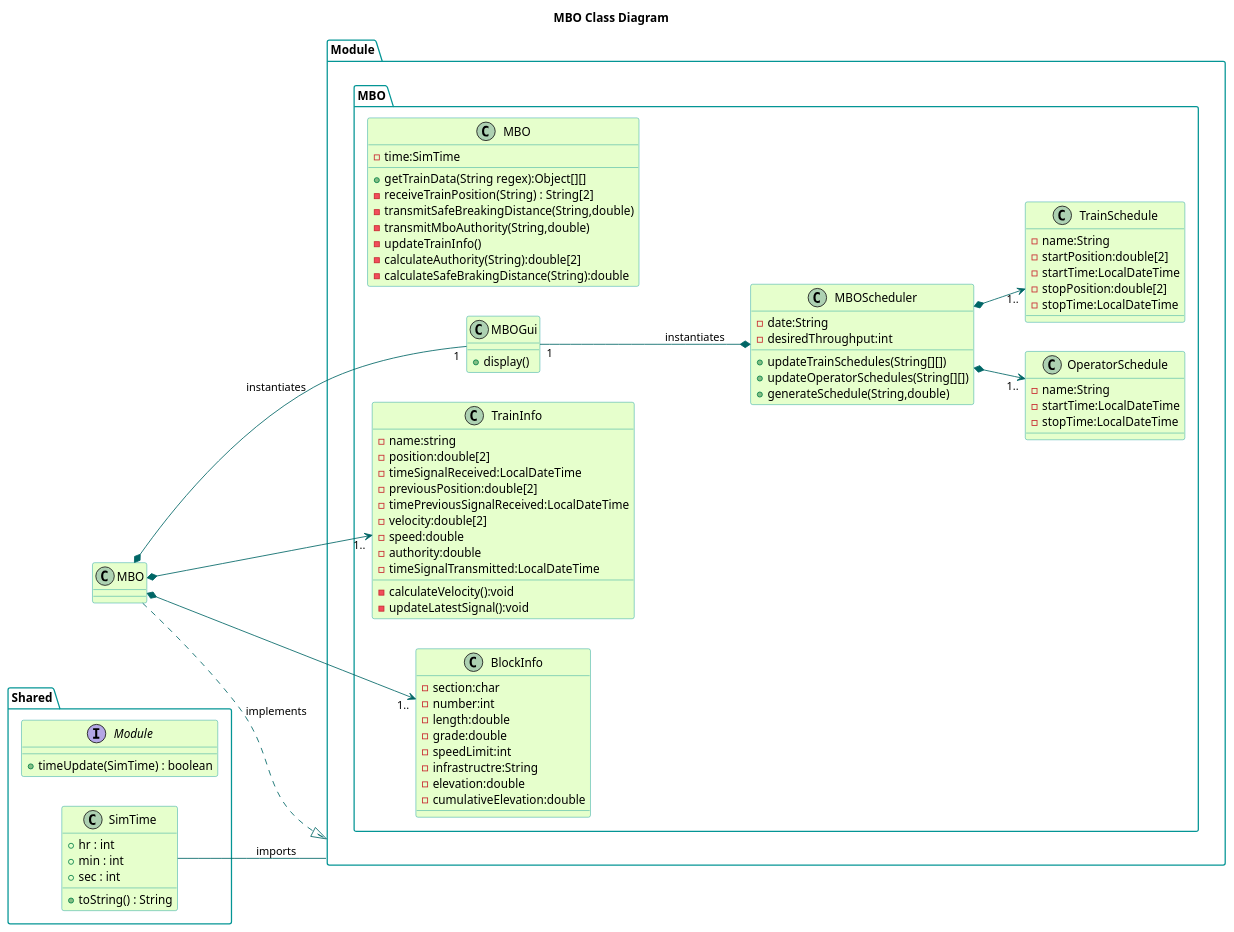
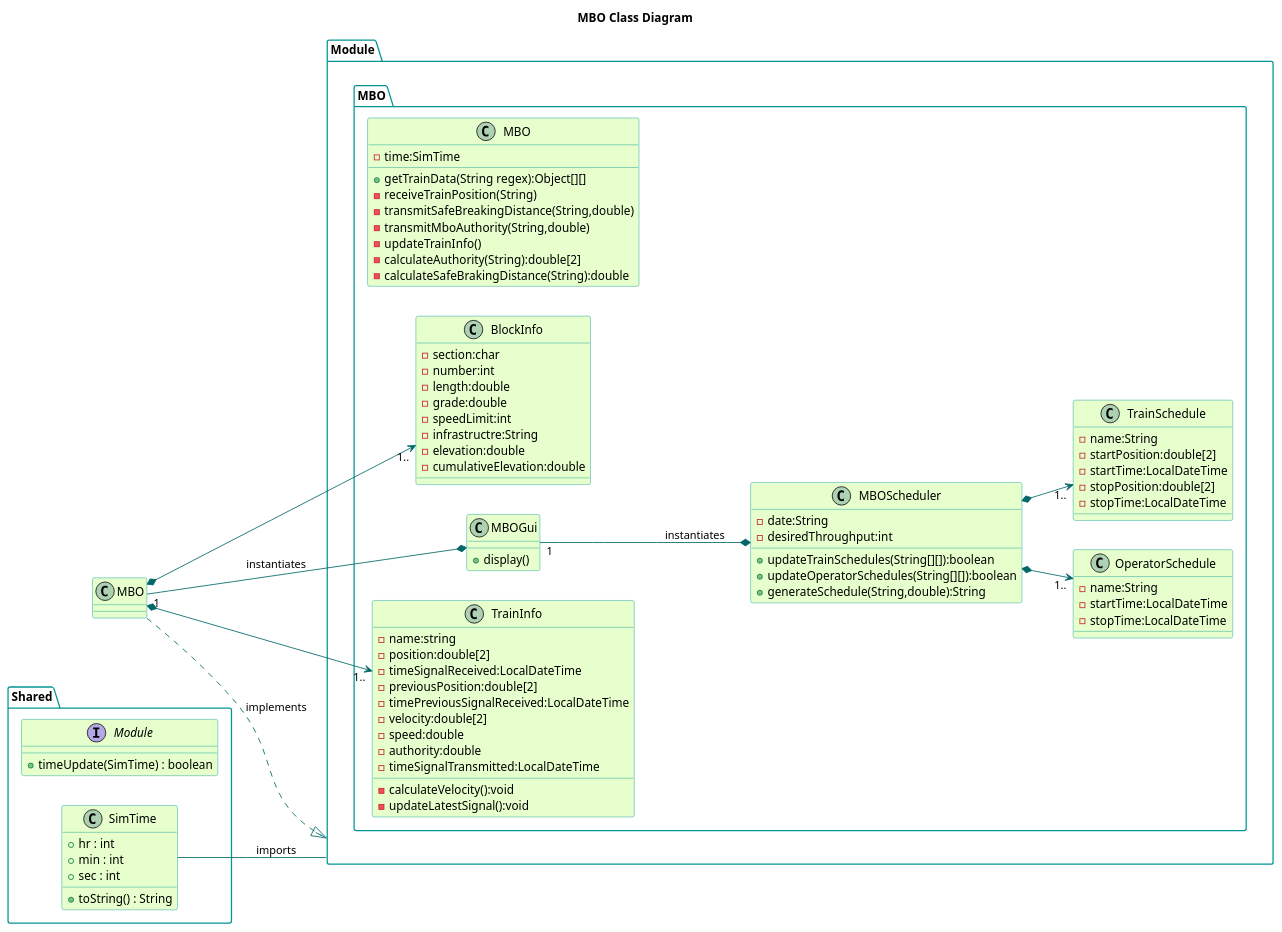
One commit to kevingilboy/COE1186 changed the diagram in TrainSystem/yUML/Class Diagrams/MBO.pu. Above: the diagram before and after it, drawn with PlantUML. The commit also changed 7 other files, not shown here.

```diff
--- a/TrainSystem/yUML/Class Diagrams/MBO.pu
+++ b/TrainSystem/yUML/Class Diagrams/MBO.pu
@@ -1,98 +1,98 @@
 @startuml
 
 title MBO Class Diagram
 'skinparam backgroundColor transparent'
 skinparam classBackgroundColor #e6ffcc
 skinparam classBorderColor 	#049595
 skinparam packageBorderColor  #049595
 skinparam arrowColor #006666
 
 package "Module.MBO" {
 	class MBO {
 		-time:SimTime
 		+getTrainData(String regex):Object[][]
-		-receiveTrainPosition(String) : String[2]
+		-receiveTrainPosition(String)
  		-transmitSafeBreakingDistance(String,double)
  		-transmitMboAuthority(String,double)
 		-updateTrainInfo()
 		-calculateAuthority(String):double[2]
 		-calculateSafeBrakingDistance(String):double
 	}
 
 	class MBOGui {
 		+display()
 	}
 
 	class MBOScheduler {
 		-date:String
 		-desiredThroughput:int
-		+updateTrainSchedules(String[][])
-		+updateOperatorSchedules(String[][])
-		+generateSchedule(String,double)
+		+updateTrainSchedules(String[][]):boolean
+		+updateOperatorSchedules(String[][]):boolean
+		+generateSchedule(String,double):String
 	}
 
 	class TrainInfo {
 		-name:string
 		-position:double[2]
 		-timeSignalReceived:LocalDateTime
 		-previousPosition:double[2]
 		-timePreviousSignalReceived:LocalDateTime
 		-velocity:double[2]
 		-speed:double
 		-authority:double
 		-timeSignalTransmitted:LocalDateTime
 		-calculateVelocity():void
 		-updateLatestSignal():void
 	}
 
 	class BlockInfo {
 		-section:char
 		-number:int
 		-length:double
 		-grade:double
 		-speedLimit:int
 		-infrastructre:String
 		-elevation:double
 		-cumulativeElevation:double
 	}
 
 	class OperatorSchedule {
 		-name:String
 		-startTime:LocalDateTime
 		-stopTime:LocalDateTime
 	}
 
 	class TrainSchedule {
 		-name:String
 		-startPosition:double[2]
 		-startTime:LocalDateTime
 		-stopPosition:double[2]
 		-stopTime:LocalDateTime
 	}
 }
 
 package "Shared" {
 	interface Module {
 		+timeUpdate(SimTime) : boolean
 	}
 	
 	class SimTime {
 		+hr : int
 		+min : int
 		+sec : int
 		+toString() : String
 	}
 }
 
 left to right direction
 
-MBOGui "1" --* MBO : instantiates
+MBO "1" --* MBOGui : instantiates
 MBOGui "1" --* MBOScheduler : instantiates
 SimTime -- Module : imports
 MBO ..|> Module : implements
 MBO *--> "1.." TrainInfo
 MBO *--> "1.." BlockInfo
 MBOScheduler *--> "1.." TrainSchedule
 MBOScheduler *--> "1.." OperatorSchedule
 
 @enduml
```
